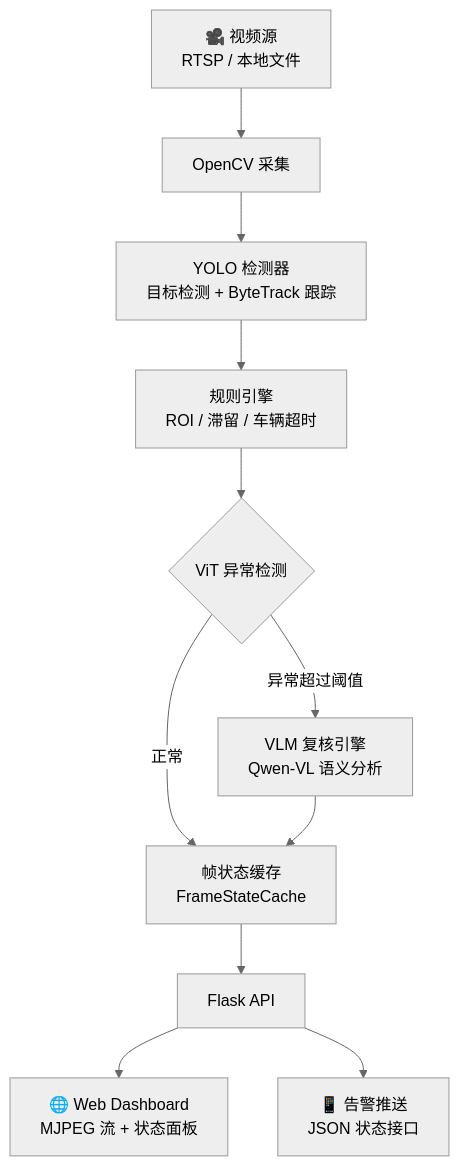
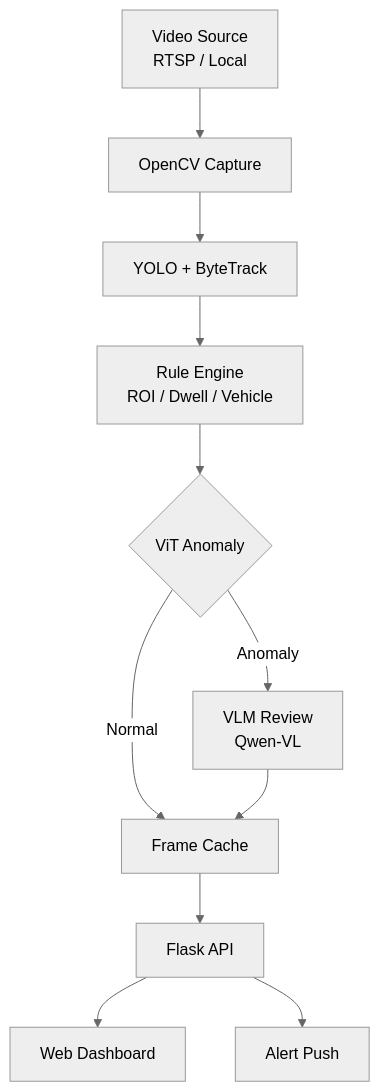
One commit to fingercd/SafeCommunity-AI changed the diagram in README.md. Above: the diagram before and after it, drawn with Mermaid (neutral theme). The commit also changed other lines of this file and 1 other file, not shown here.

````diff
--- a/README.md
+++ b/README.md
@@ -85,13 +87,13 @@
 ```mermaid
 flowchart TD
-    A["🎥 视频源<br/>RTSP / 本地文件"] --> B["OpenCV 采集"]
-    B --> C["YOLO 检测器<br/>目标检测 + ByteTrack 跟踪"]
-    C --> D["规则引擎<br/>ROI / 滞留 / 车辆超时"]
-    D --> E{"ViT 异常检测"}
-    E -->|正常| F["帧状态缓存<br/>FrameStateCache"]
-    E -->|异常超过阈值| G["VLM 复核引擎<br/>Qwen-VL 语义分析"]
+    A["Video Source<br/>RTSP / Local"] --> B["OpenCV Capture"]
+    B --> C["YOLO + ByteTrack"]
+    C --> D["Rule Engine<br/>ROI / Dwell / Vehicle"]
+    D --> E{"ViT Anomaly"}
+    E -->|Normal| F["Frame Cache"]
+    E -->|Anomaly| G["VLM Review<br/>Qwen-VL"]
     G --> F
     F --> H["Flask API"]
-    H --> I["🌐 Web Dashboard<br/>MJPEG 流 + 状态面板"]
-    H --> J["📱 告警推送<br/>JSON 状态接口"]
+    H --> I["Web Dashboard"]
+    H --> J["Alert Push"]
 ```
````
